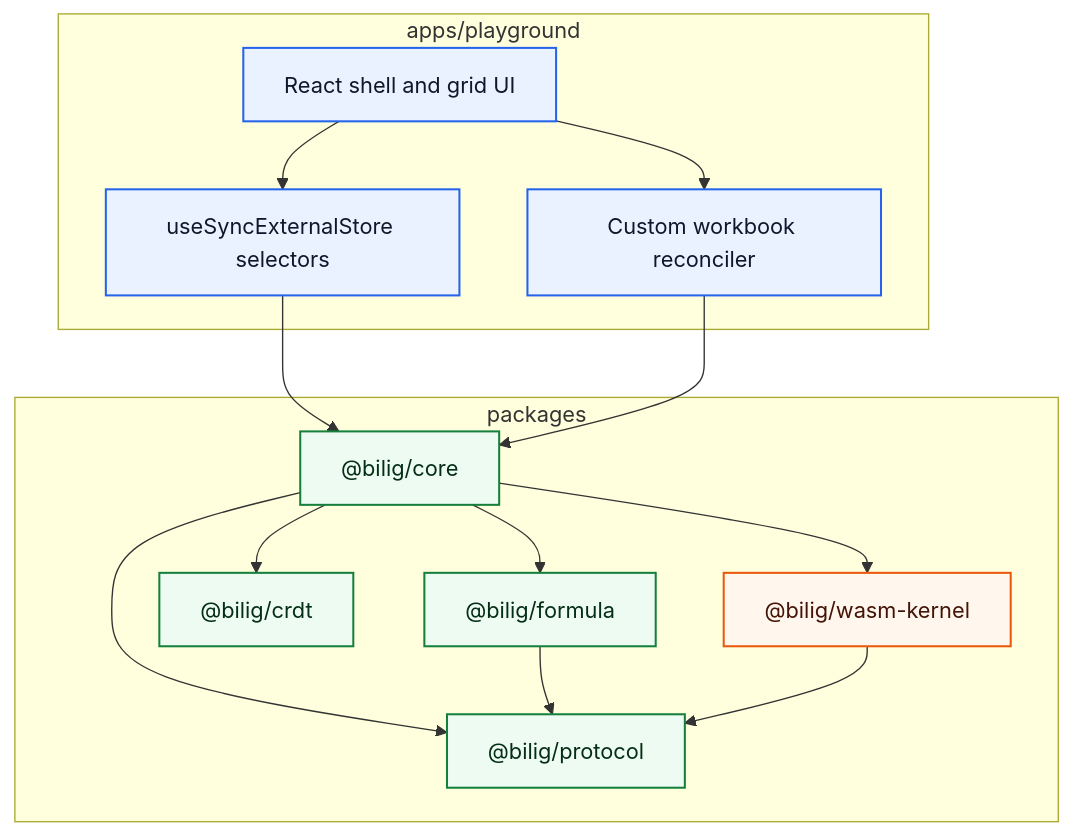
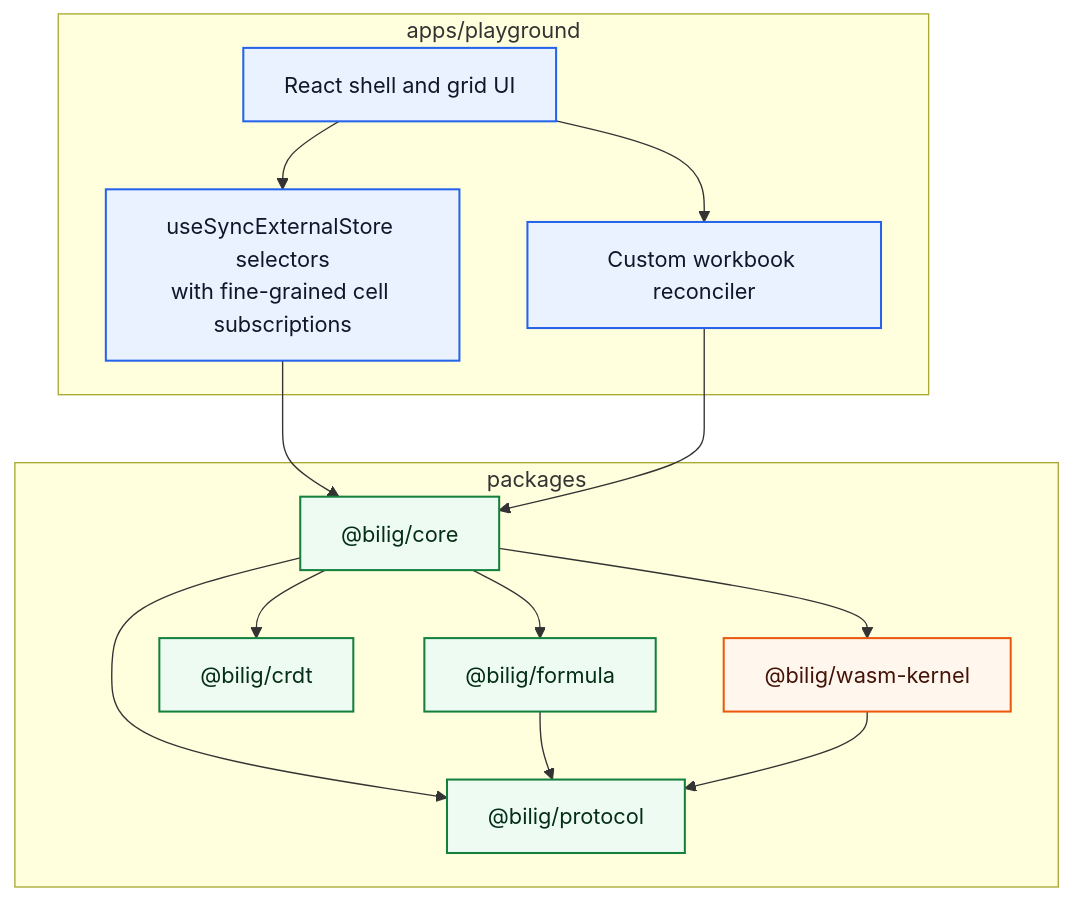
Before and after one commit to proompteng/bilig: the first of 2 diagrams in docs/architecture.md, drawn with Mermaid. The commit also changed other lines of this file and 9 other files, not shown here.

````diff
--- a/docs/architecture.md
+++ b/docs/architecture.md
@@ -3,35 +3,35 @@
 ```mermaid
 flowchart TB
   classDef react fill:#eaf2ff,stroke:#2563eb,color:#0f172a,stroke-width:1.5px
   classDef core fill:#eefbf3,stroke:#15803d,color:#052e16,stroke-width:1.5px
   classDef wasm fill:#fff7ed,stroke:#ea580c,color:#431407,stroke-width:1.5px
 
   subgraph PG["apps/playground"]
     UI["React shell and grid UI"]
-    HOOKS["useSyncExternalStore selectors"]
+    HOOKS["useSyncExternalStore selectors<br/>with fine-grained cell subscriptions"]
     REC["Custom workbook reconciler"]
   end
 
   subgraph PKG["packages"]
     CORE["@bilig/core"]
     FORMULA["@bilig/formula"]
     CRDT["@bilig/crdt"]
     PROTOCOL["@bilig/protocol"]
     WASM["@bilig/wasm-kernel"]
   end
 
   UI --> HOOKS
   HOOKS --> CORE
   UI --> REC
   REC --> CORE
   CORE --> FORMULA
   CORE --> CRDT
   CORE --> PROTOCOL
   CORE --> WASM
   FORMULA --> PROTOCOL
   WASM --> PROTOCOL
 
   class UI,HOOKS,REC react
   class CORE,FORMULA,CRDT,PROTOCOL core
   class WASM wasm
 ```
````
